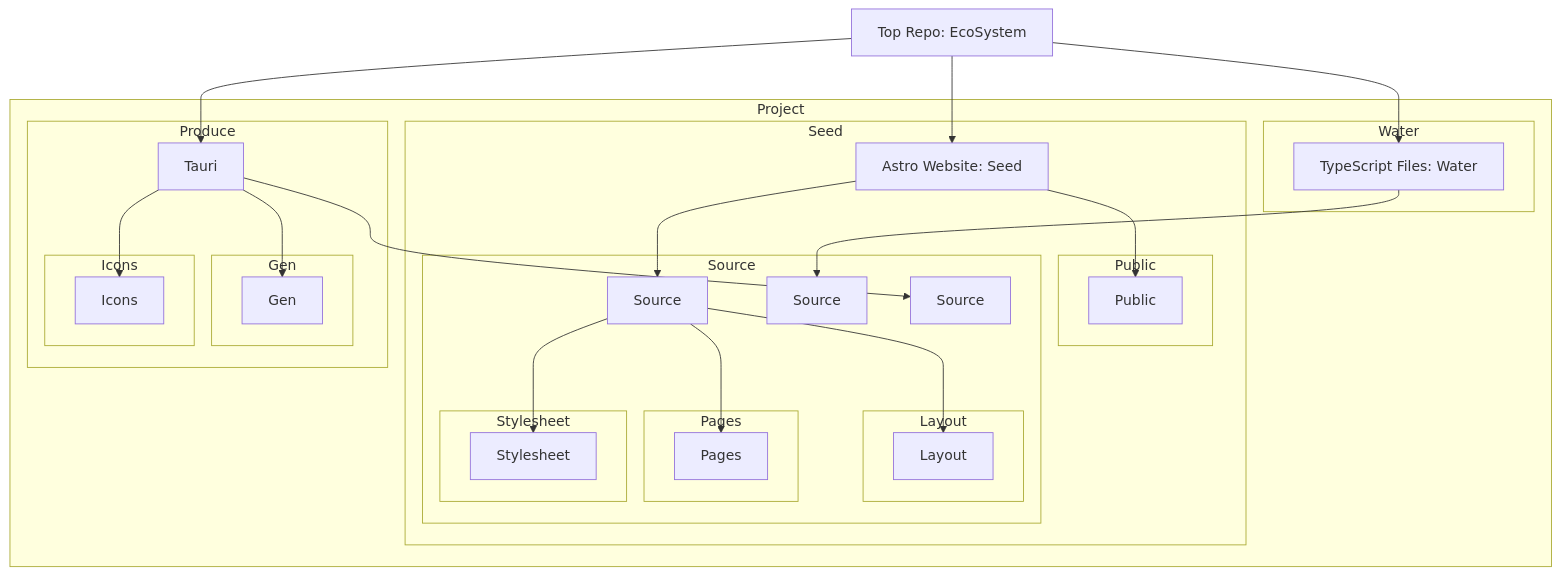
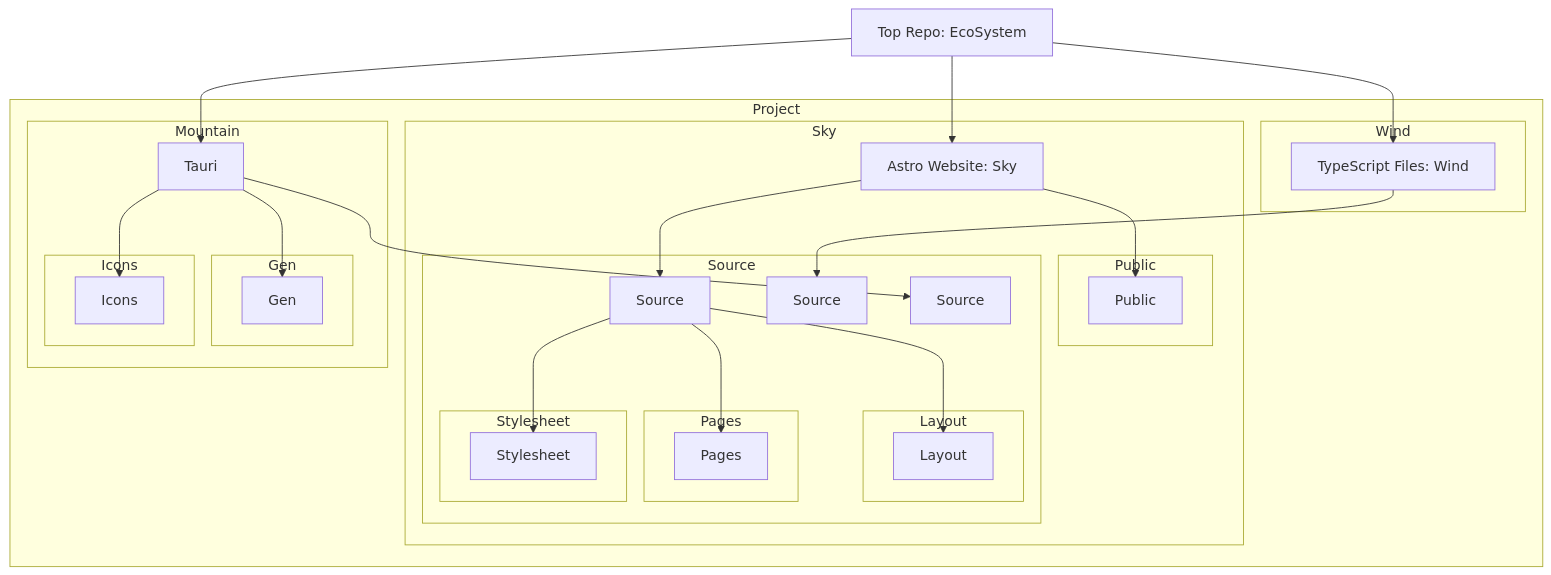
The first of 2 diagrams in README.md (CodeEditorLand/Land), drawn with Mermaid before and after one commit. The commit also changed other lines of this file and 1 other file, not shown here.

````diff
--- a/README.md
+++ b/README.md
@@ -29,58 +29,58 @@
 ```mermaid
 graph TD
     A[Top Repo: EcoSystem]
 
     subgraph Project
-        subgraph Seed
-            D[Astro Website: Seed]
+        subgraph Sky
+            D[Astro Website: Sky]
             subgraph Public
                 D3[Public]
             end
             subgraph Source
                 D4[Source]
                 subgraph Layout
                     D5[Layout]
                 end
                 subgraph Pages
                     D6[Pages]
                 end
                 subgraph Stylesheet
                     D7[Stylesheet]
                 end
             end
         end
 
-        subgraph Water
-            F[TypeScript Files: Water]
+        subgraph Wind
+            F[TypeScript Files: Wind]
             subgraph Source
                 F3[Source]
             end
         end
 
-        subgraph Produce
+        subgraph Mountain
             G[Tauri]
             subgraph Gen
                 G3[Gen]
             end
             subgraph Icons
                 G4[Icons]
             end
             subgraph Source
                 G5[Source]
             end
         end
     end
 
     A --> D
     A --> F
     A --> G
     D --> D3
     D --> D4
     D4 --> D5
     D4 --> D6
     D4 --> D7
     F --> F3
     G --> G3
     G --> G4
     G --> G5
 ```
````
